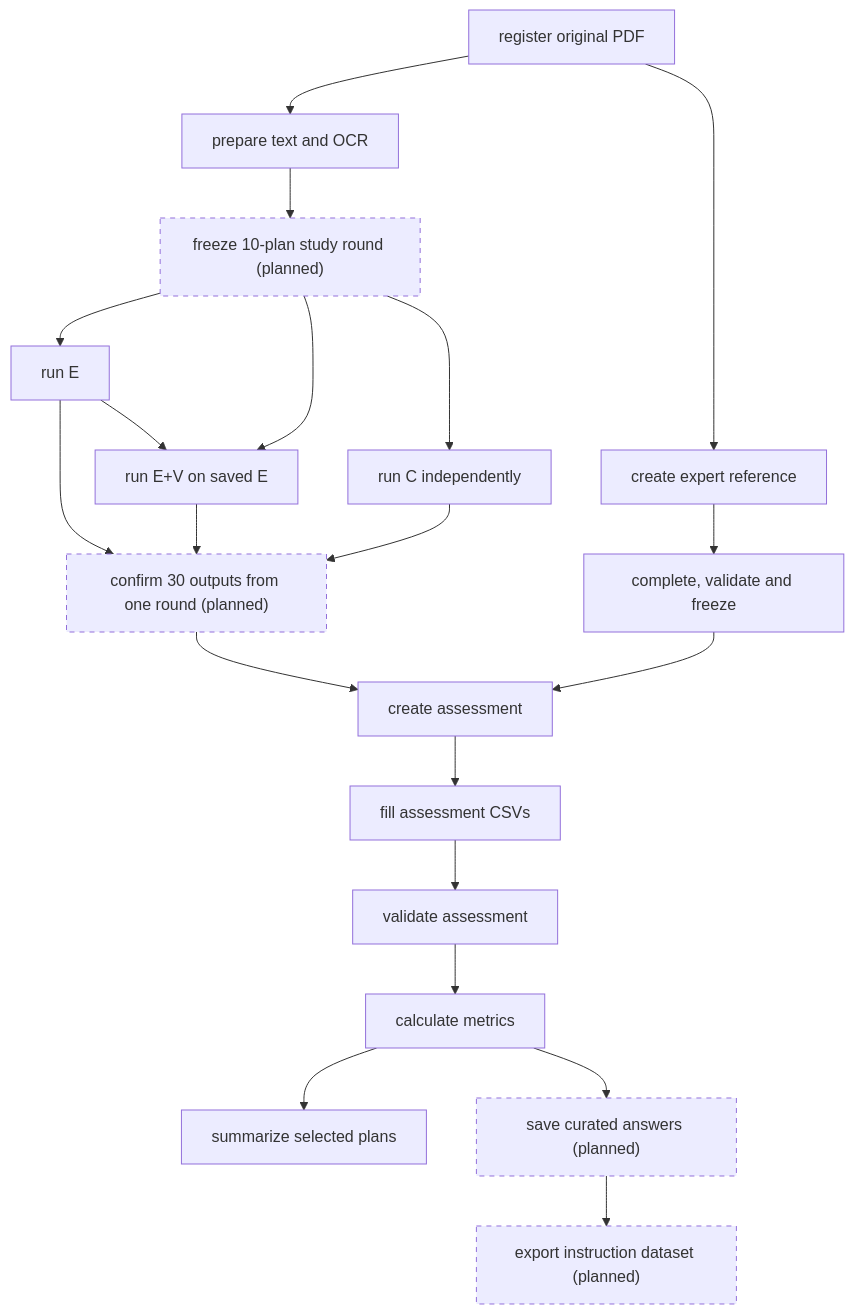
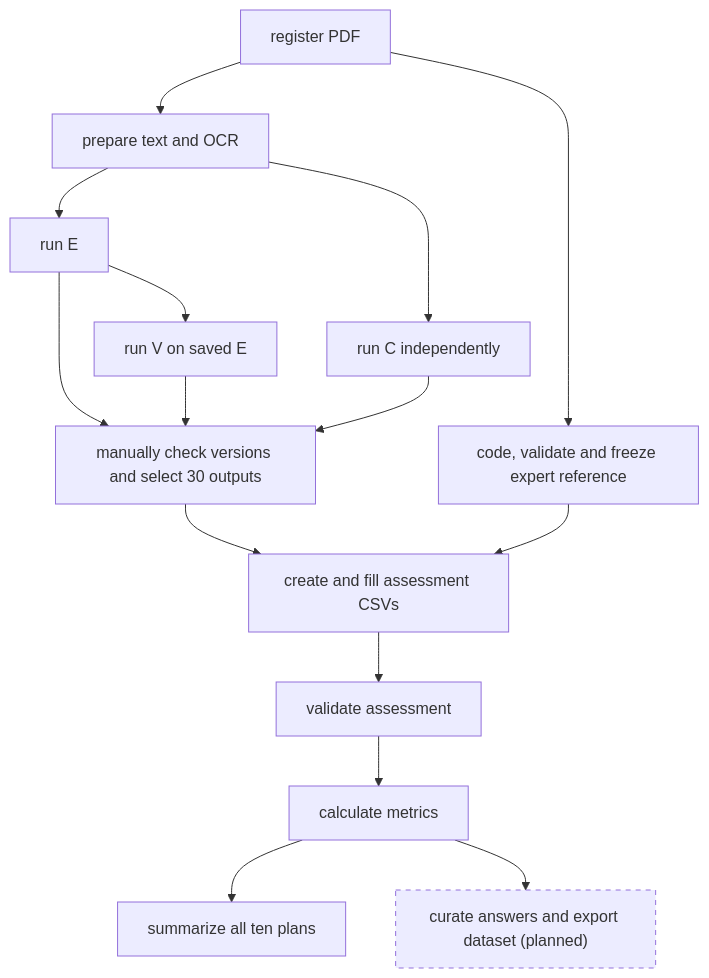
One commit to nabigac/heat_adaptation_llm_dataset changed the diagram in README.md. Above: the diagram before and after it, drawn with Mermaid. The commit also changed other lines of this file and 3 other files, not shown here.

````diff
--- a/README.md
+++ b/README.md
@@ -21,25 +34,20 @@
 ```mermaid
 flowchart TD
-    pdf["register original PDF"] --> prepare["prepare text and OCR"]
-    prepare --> studyRound["freeze 10-plan study round (planned)"]
-    studyRound --> extraction["run E"]
-    extraction --> verification["run E+V on saved E"]
-    studyRound --> verification
-    studyRound --> collaboration["run C independently"]
-    pdf --> reference["create expert reference"]
-    reference --> frozenReference["complete, validate and freeze"]
-    extraction --> completeRound["confirm 30 outputs from one round (planned)"]
-    verification --> completeRound
-    collaboration --> completeRound
-    completeRound --> assessment["create assessment"]
-    frozenReference --> assessment
-    assessment --> review["fill assessment CSVs"]
-    review --> assessmentValidation["validate assessment"]
-    assessmentValidation --> metrics["calculate metrics"]
-    metrics --> summary["summarize selected plans"]
-    metrics --> curation["save curated answers (planned)"]
-    curation --> dataset["export instruction dataset (planned)"]
+    pdf["register PDF"] --> prepare["prepare text and OCR"]
+    prepare --> extraction["run E"]
+    extraction --> verification["run V on saved E"]
+    prepare --> collaboration["run C independently"]
+    pdf --> reference["code, validate and freeze expert reference"]
+    extraction --> selection["manually check versions and select 30 outputs"]
+    verification --> selection
+    collaboration --> selection
+    selection --> assessment["create and fill assessment CSVs"]
+    reference --> assessment
+    assessment --> validation["validate assessment"]
+    validation --> metrics["calculate metrics"]
+    metrics --> summary["summarize all ten plans"]
+    metrics --> curation["curate answers and export dataset (planned)"]
 
     classDef planned stroke-dasharray:5 5;
-    class studyRound,completeRound,curation,dataset planned;
+    class curation planned;
 ```
````
